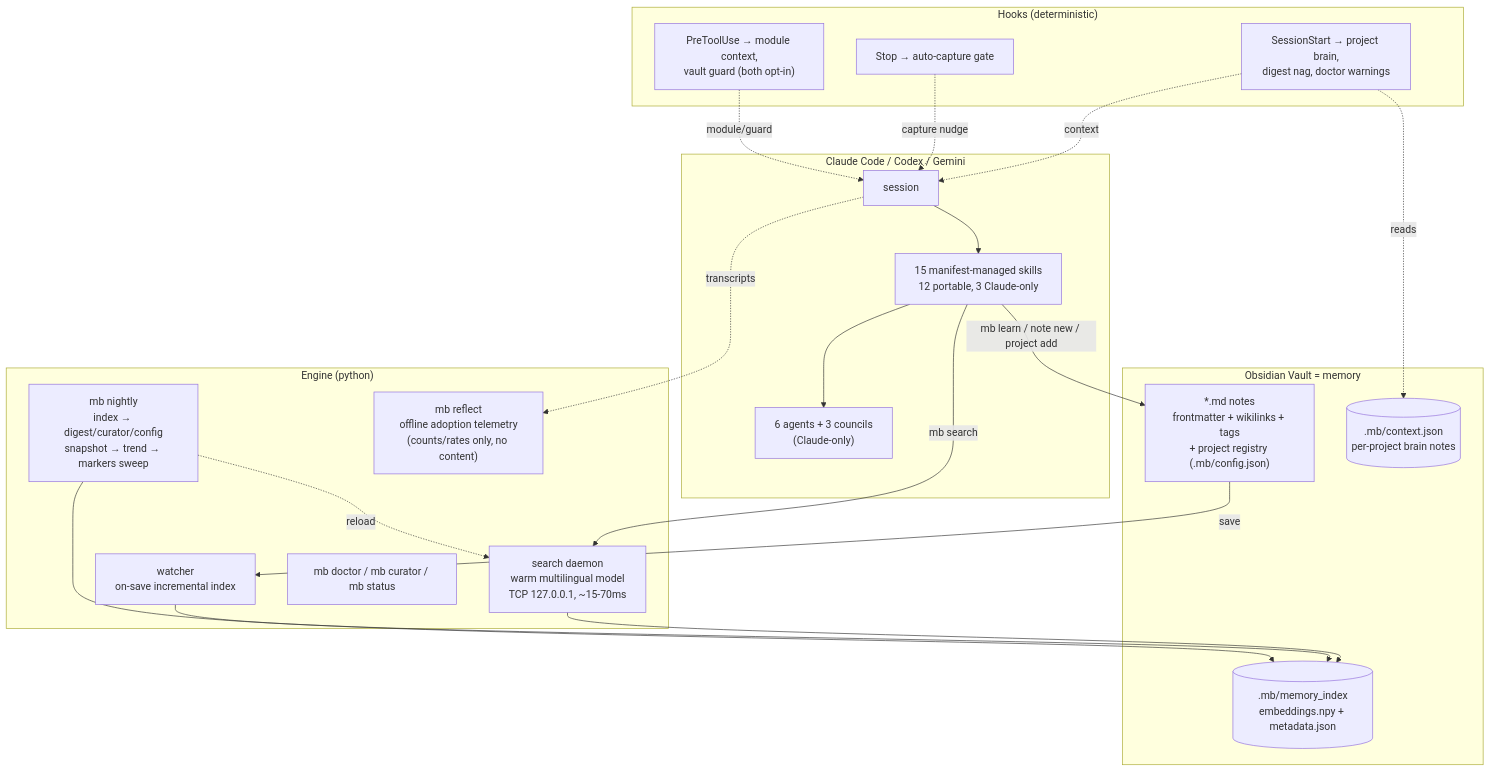
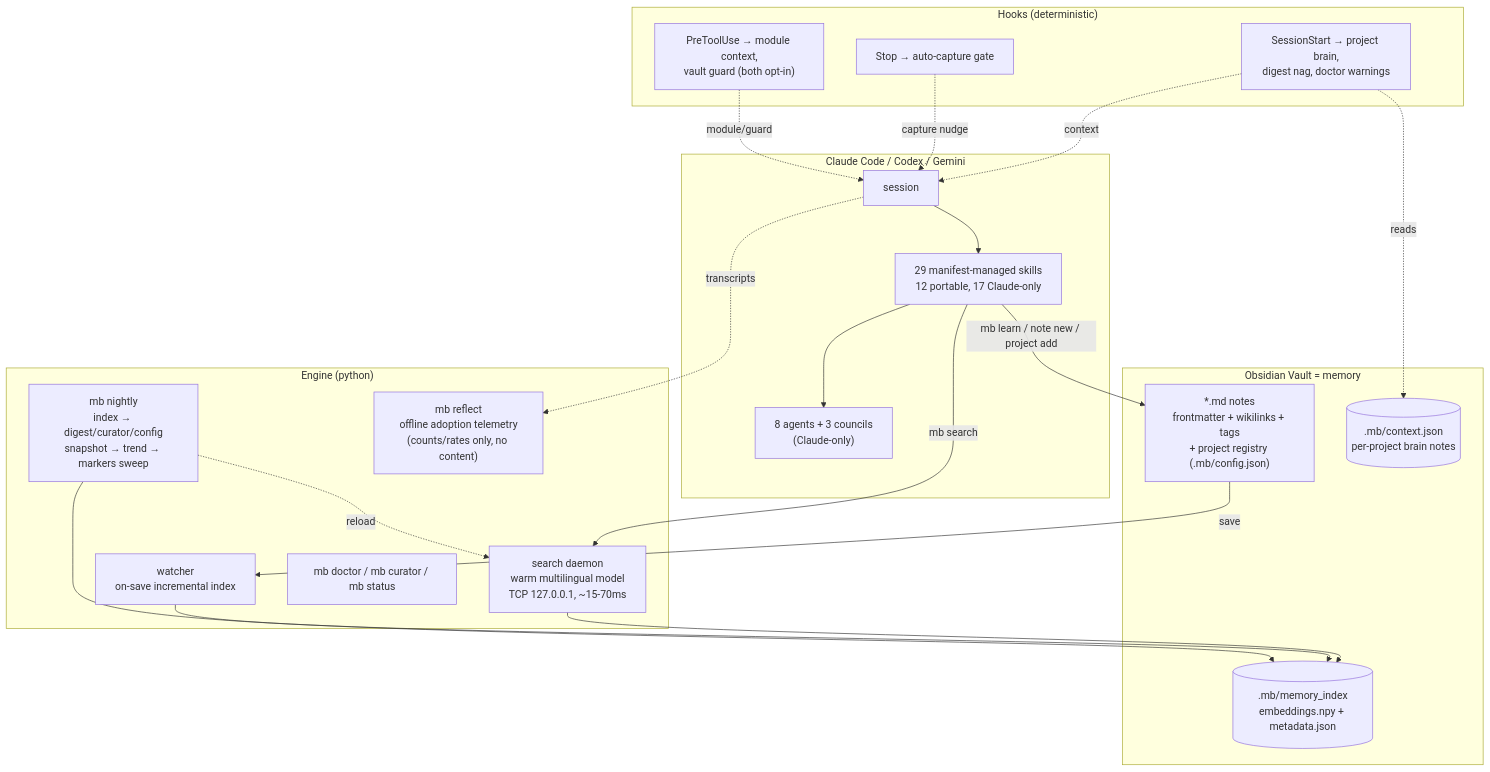
One commit to Kostik2702/singularity changed the diagram in README.md. Above: the diagram before and after it, drawn with Mermaid. The commit also changed other lines of this file, not shown here.

````diff
--- a/README.md
+++ b/README.md
@@ -30,37 +32,37 @@
 ```mermaid
 graph TB
     subgraph CC["Claude Code / Codex / Gemini"]
         MAIN["session"]
-        SK["15 manifest-managed skills<br/>12 portable, 3 Claude-only"]
-        AG["6 agents + 3 councils<br/>(Claude-only)"]
+        SK["29 manifest-managed skills<br/>12 portable, 17 Claude-only"]
+        AG["8 agents + 3 councils<br/>(Claude-only)"]
     end
     subgraph HOOKS["Hooks (deterministic)"]
         H1["SessionStart → project brain,<br/>digest nag, doctor warnings"]
         H2["Stop → auto-capture gate"]
         H3["PreToolUse → module context,<br/>vault guard (both opt-in)"]
     end
     subgraph ENGINE["Engine (python)"]
         D["search daemon<br/>warm multilingual model<br/>TCP 127.0.0.1, ~15-70ms"]
         W["watcher<br/>on-save incremental index"]
         NI["mb nightly<br/>index → digest/curator/config<br/>snapshot → trend → markers sweep"]
         DR["mb doctor / mb curator / mb status"]
         RF["mb reflect<br/>offline adoption telemetry<br/>(counts/rates only, no content)"]
     end
     subgraph VAULT["Obsidian Vault = memory"]
         NOTES["*.md notes<br/>frontmatter + wikilinks + tags<br/>+ project registry (.mb/config.json)"]
         IDX[(".mb/memory_index<br/>embeddings.npy + metadata.json")]
         CTX[(".mb/context.json<br/>per-project brain notes")]
     end
 
     H1 -.context.-> MAIN
     H2 -.capture nudge.-> MAIN
     H3 -.module/guard.-> MAIN
     MAIN --> SK --> AG
     SK -- "mb search" --> D --> IDX
     SK -- "mb learn / note new / project add" --> NOTES
     NOTES -- save --> W --> IDX
     NI --> IDX
     NI -.reload.-> D
     H1 -.reads.-> CTX
     MAIN -.transcripts.-> RF
 ```
````
